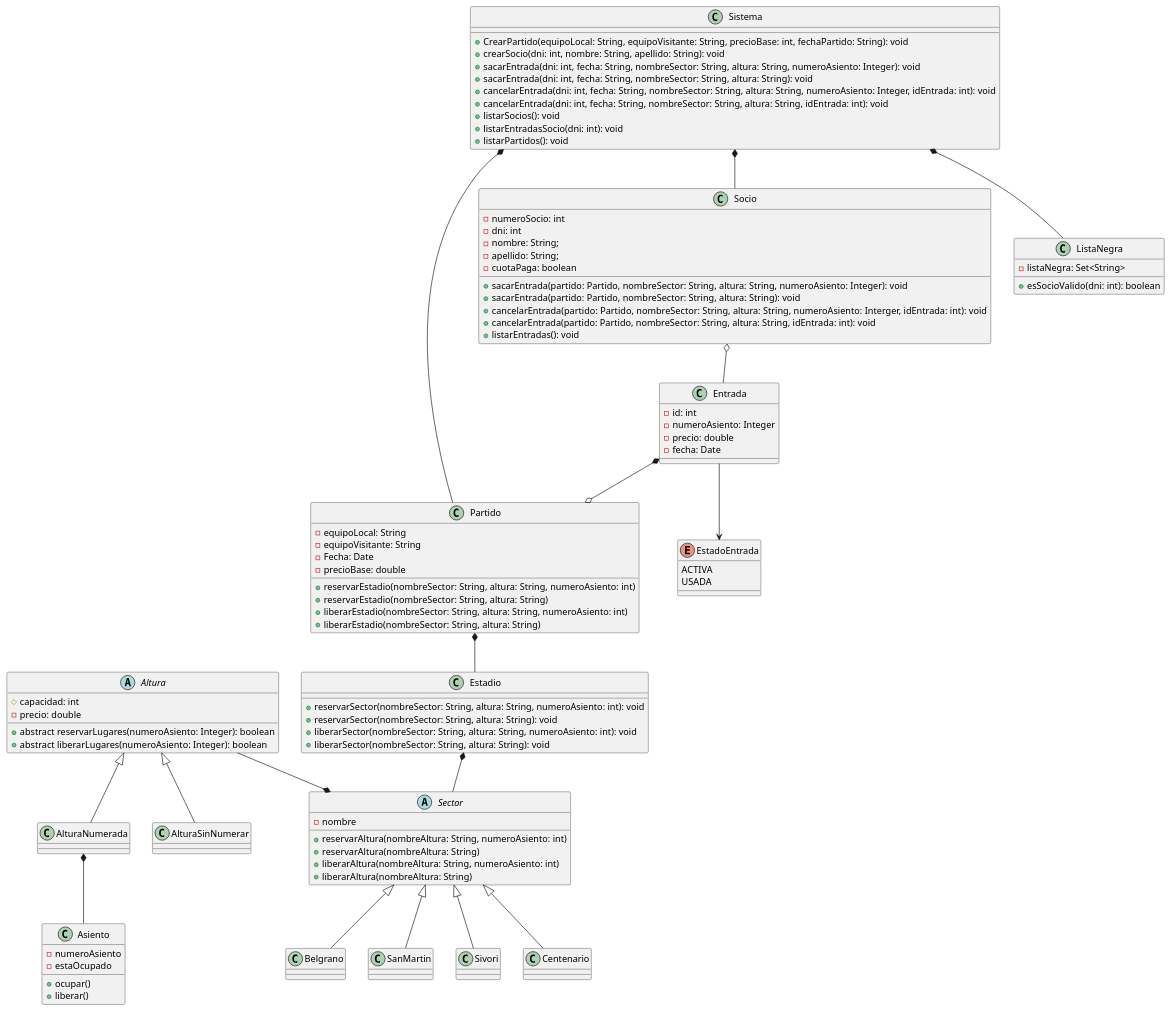
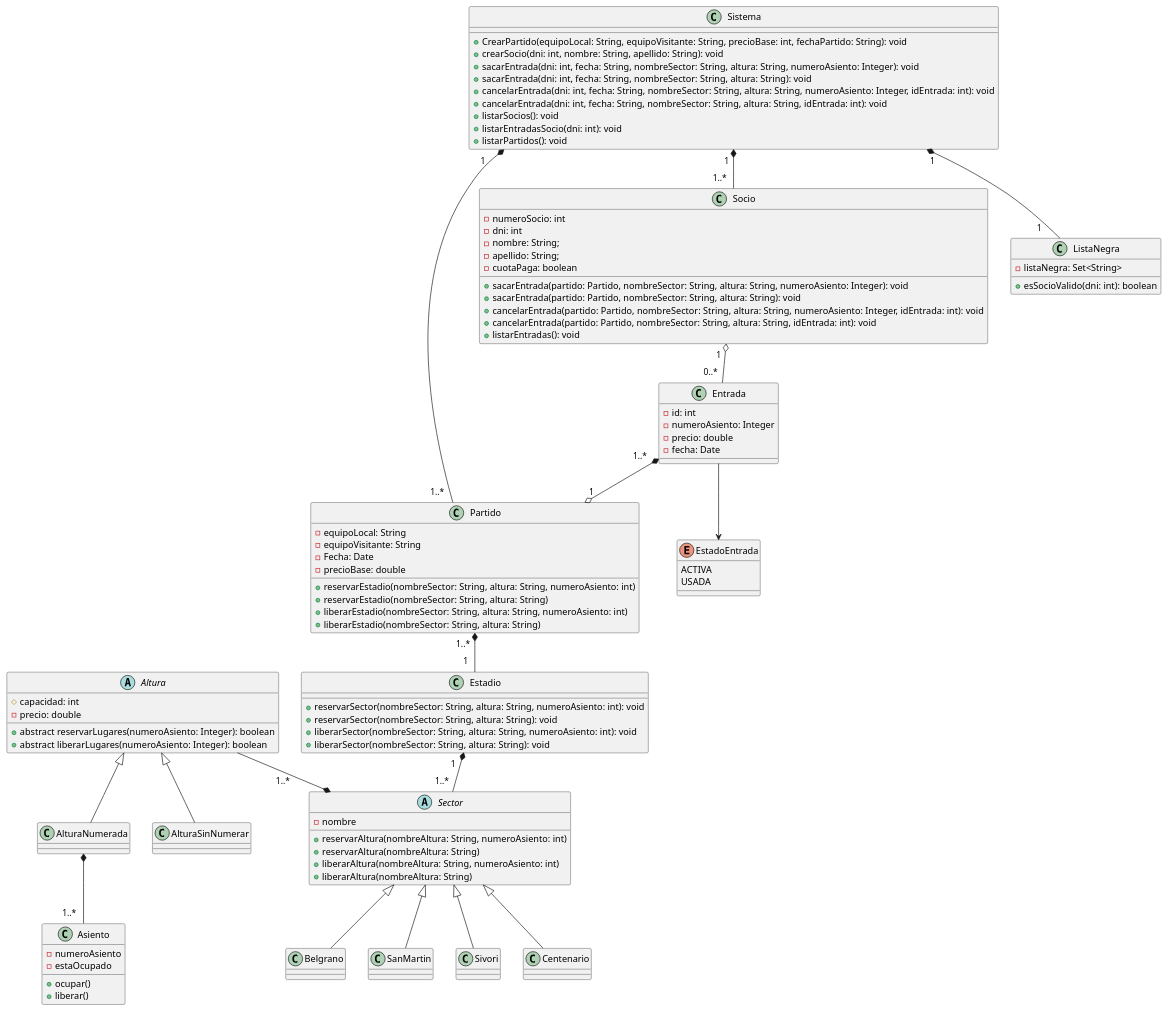
The diagram in src/main/resources/diagram.puml (SimonForteza/TPO_POO_2024), drawn with PlantUML before and after one commit.

Commit message:
cardinalidades en el diagrama

```diff
--- a/src/main/resources/diagram.puml
+++ b/src/main/resources/diagram.puml
@@ -1,121 +1,118 @@
 @startuml
 abstract class Altura{
     #capacidad: int
     -precio: double
     +abstract reservarLugares(numeroAsiento: Integer): boolean
     +abstract liberarLugares(numeroAsiento: Integer): boolean
-
 }
 
 class AlturaNumerada{}
 class AlturaSinNumerar{}
 
 class Asiento{
     -numeroAsiento
     -estaOcupado
     +ocupar()
     +liberar()
 }
 
 abstract class Sector{
     -nombre
     +reservarAltura(nombreAltura: String, numeroAsiento: int)
     +reservarAltura(nombreAltura: String)
     +liberarAltura(nombreAltura: String, numeroAsiento: int)
     +liberarAltura(nombreAltura: String)
 }
 
 class Belgrano{}
 class SanMartin{}
 class Sivori{}
 class Centenario{}
 
 class Estadio {
     +reservarSector(nombreSector: String, altura: String, numeroAsiento: int): void
     +reservarSector(nombreSector: String, altura: String): void
     +liberarSector(nombreSector: String, altura: String, numeroAsiento: int): void
     +liberarSector(nombreSector: String, altura: String): void
 }
 
 class Partido{
     -equipoLocal: String
     -equipoVisitante: String
     -Fecha: Date
     -precioBase: double
 
     +reservarEstadio(nombreSector: String, altura: String, numeroAsiento: int)
     +reservarEstadio(nombreSector: String, altura: String)
     +liberarEstadio(nombreSector: String, altura: String, numeroAsiento: int)
     +liberarEstadio(nombreSector: String, altura: String)
 }
 
 class Entrada{
     -id: int
     -numeroAsiento: Integer
     -precio: double
     -fecha: Date
-
 }
 
 enum EstadoEntrada {
     ACTIVA
     USADA
 }
 
 class Socio {
     - numeroSocio: int
     - dni: int
     - nombre: String;
     - apellido: String;
     - cuotaPaga: boolean
 
     +sacarEntrada(partido: Partido, nombreSector: String, altura: String, numeroAsiento: Integer): void
     +sacarEntrada(partido: Partido, nombreSector: String, altura: String): void
-    +cancelarEntrada(partido: Partido, nombreSector: String, altura: String, numeroAsiento: Interger, idEntrada: int): void
+    +cancelarEntrada(partido: Partido, nombreSector: String, altura: String, numeroAsiento: Integer, idEntrada: int): void
     +cancelarEntrada(partido: Partido, nombreSector: String, altura: String, idEntrada: int): void
     +listarEntradas(): void
 }
 
 class ListaNegra {
     -listaNegra: Set<String>
     +esSocioValido(dni: int): boolean
 }
 
 class Sistema{
     +CrearPartido(equipoLocal: String, equipoVisitante: String, precioBase: int, fechaPartido: String): void
     +crearSocio(dni: int, nombre: String, apellido: String): void
     +sacarEntrada(dni: int, fecha: String, nombreSector: String, altura: String, numeroAsiento: Integer): void
     +sacarEntrada(dni: int, fecha: String, nombreSector: String, altura: String): void
     +cancelarEntrada(dni: int, fecha: String, nombreSector: String, altura: String, numeroAsiento: Integer, idEntrada: int): void
     +cancelarEntrada(dni: int, fecha: String, nombreSector: String, altura: String, idEntrada: int): void
     +listarSocios(): void
     +listarEntradasSocio(dni: int): void
     +listarPartidos(): void
 }
 
+Sistema "1  " *-- "1..*   " Partido
+Sistema "1  " *-- "1..*   " Socio
+Sistema "1  " *-- "1      " ListaNegra
 
-Sistema *-- Partido
-Sistema *-- Socio
-Sistema *-- ListaNegra
-
-Socio o-- Entrada
+Socio "1  " o-- "0..*  " Entrada
 
 Altura <|-- AlturaNumerada
 Altura <|-- AlturaSinNumerar
 
-Altura --* Sector
-AlturaNumerada *-- Asiento
+Altura --* "1..*            " Sector
+AlturaNumerada *-- "1..*   " Asiento
 
 Sector <|-- Belgrano
 Sector <|-- SanMartin
 Sector <|-- Sivori
 Sector <|-- Centenario
 
-Estadio *-- Sector
+Estadio "1   " *-- "1..*  " Sector
 
-Entrada *--o Partido
+Entrada "1..*   "*--o "1" Partido
 Entrada --> EstadoEntrada
 
-Partido *-- Estadio
+Partido "1..*  " *-- "1   " Estadio
 
 @enduml
```
